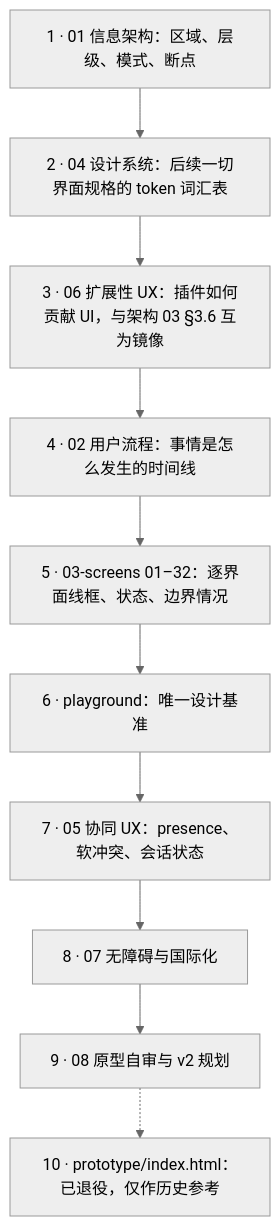
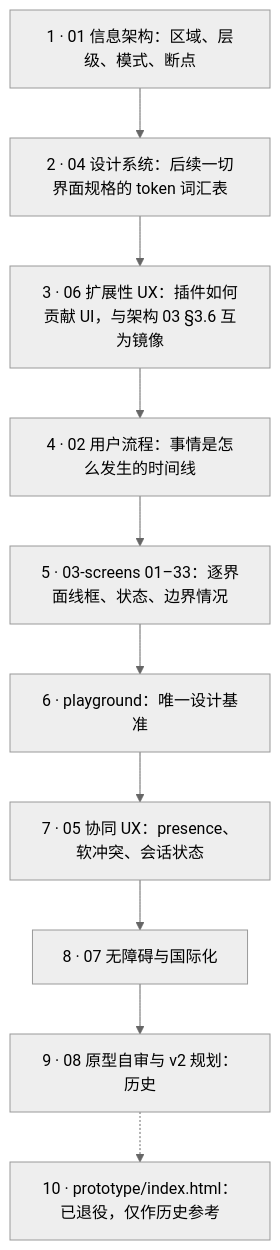
One commit to Xeonice/cordis-ppt-editor changed the diagram in docs/20-design/README.md. Above: the diagram before and after it, drawn with Mermaid (neutral theme). The commit also changed other lines of this file and 44 other files, not shown here.

````diff
--- a/docs/20-design/README.md
+++ b/docs/20-design/README.md
@@ -65,15 +93,15 @@
 ```mermaid
 flowchart TB
   r1["1 · 01 信息架构：区域、层级、模式、断点"]
   r2["2 · 04 设计系统：后续一切界面规格的 token 词汇表"]
   r3["3 · 06 扩展性 UX：插件如何贡献 UI，与架构 03 §3.6 互为镜像"]
   r4["4 · 02 用户流程：事情是怎么发生的时间线"]
-  r5["5 · 03-screens 01–32：逐界面线框、状态、边界情况"]
+  r5["5 · 03-screens 01–33：逐界面线框、状态、边界情况"]
   r6["6 · playground：唯一设计基准"]
   r7["7 · 05 协同 UX：presence、软冲突、会话状态"]
   r8["8 · 07 无障碍与国际化"]
-  r9["9 · 08 原型自审与 v2 规划"]
+  r9["9 · 08 原型自审与 v2 规划：历史"]
   r10["10 · prototype/index.html：已退役，仅作历史参考"]
   r1 --> r2 --> r3 --> r4 --> r5 --> r6 --> r7 --> r8 --> r9
   r9 -.-> r10
 ```
````
